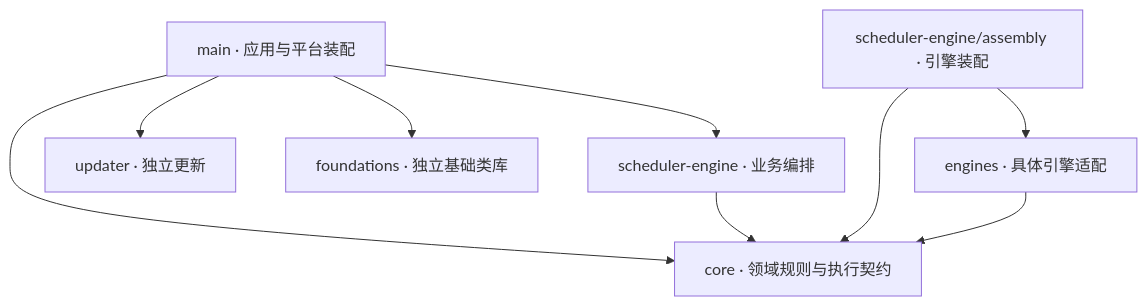
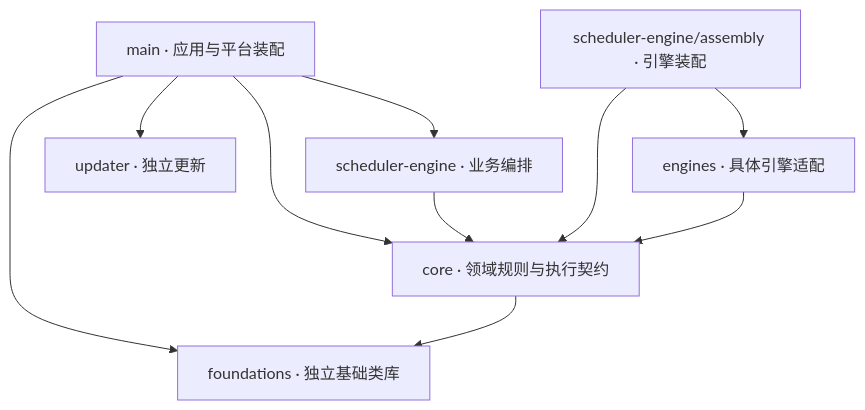
One commit to nan023062/cbim changed the second of 2 diagrams in src/backend/ARCHITECTURE.md. Above: the diagram before and after it, drawn with Mermaid. The commit also changed other lines of this file and 98 other files, not shown here.

````diff
--- a/src/backend/ARCHITECTURE.md
+++ b/src/backend/ARCHITECTURE.md
@@ -75,11 +75,12 @@
 ```mermaid
 flowchart TB
   Main[main · 应用与平台装配] --> Scheduler[scheduler-engine · 业务编排]
   Main --> Core[core · 领域规则与执行契约]
   Main --> Updater[updater · 独立更新]
   Main --> Foundations[foundations · 独立基础类库]
+  Core --> Foundations
   Scheduler --> Core
   Assembly[scheduler-engine/assembly · 引擎装配] --> Engines[engines · 具体引擎适配]
   Assembly --> Core
   Engines --> Core
 ```
````
